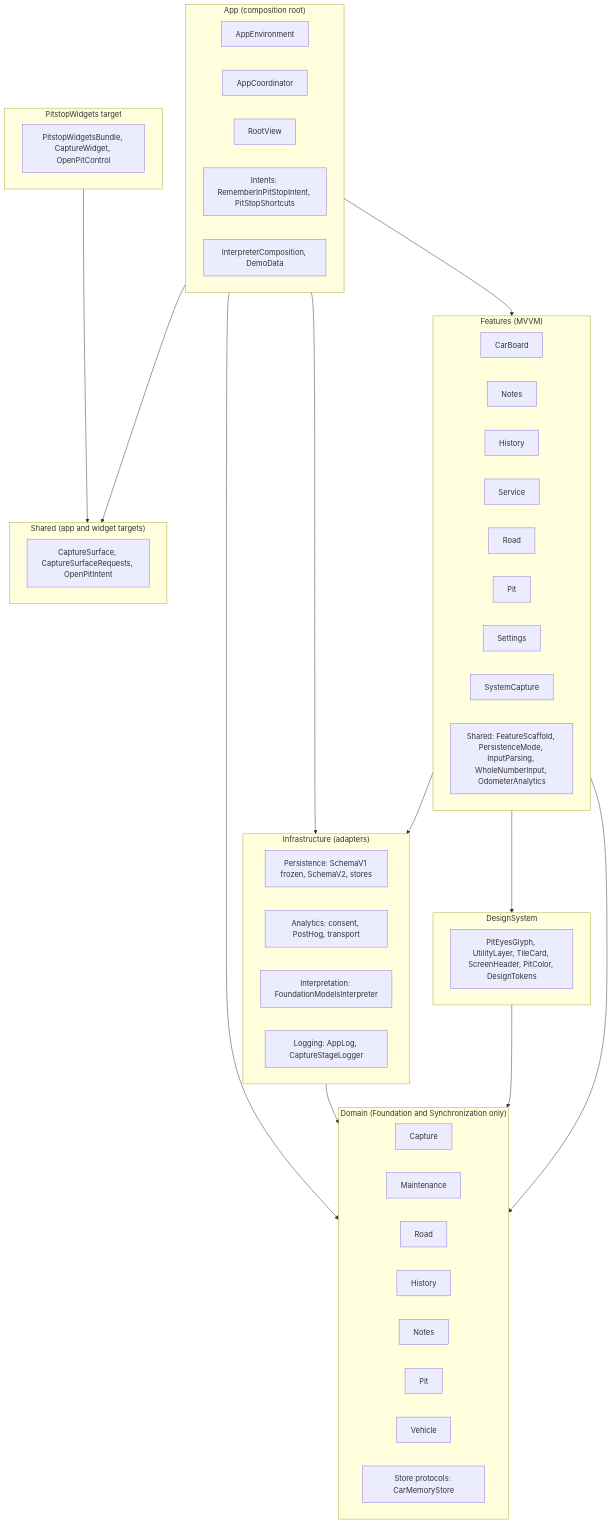
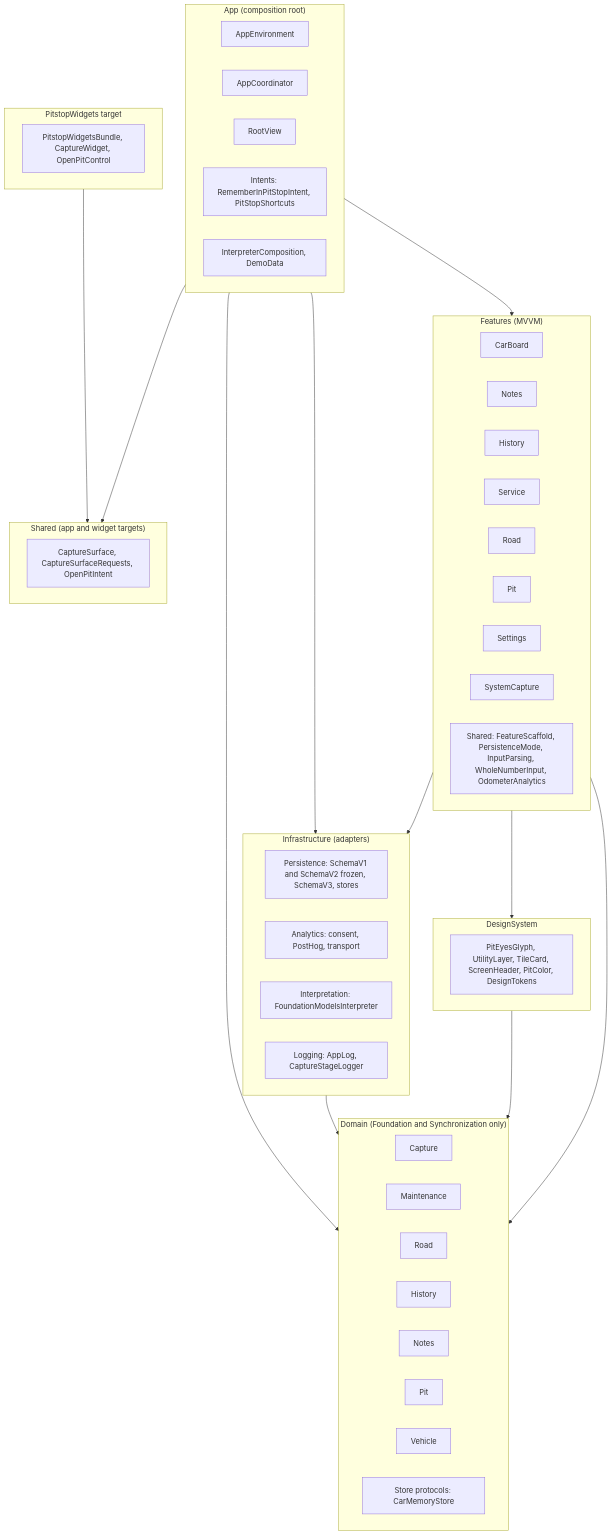
The second of 9 diagrams in docs/engineering/system-overview.md (vil4max/pitstop-ios), drawn with Mermaid before and after one commit. The commit also changed other lines of this file and 32 other files, not shown here.

````diff
--- a/docs/engineering/system-overview.md
+++ b/docs/engineering/system-overview.md
@@ -103,63 +103,63 @@
 ```mermaid
 flowchart TB
     subgraph appL["App (composition root)"]
         env["AppEnvironment"]
         coord["AppCoordinator"]
         root["RootView"]
         appIntents["Intents: RememberInPitStopIntent, PitStopShortcuts"]
         comp["InterpreterComposition, DemoData"]
     end
 
     subgraph featL["Features (MVVM)"]
         fCar["CarBoard"]
         fNotes["Notes"]
         fHist["History"]
         fServ["Service"]
         fRoad["Road"]
         fPit["Pit"]
         fSet["Settings"]
         fSys["SystemCapture"]
         fShared["Shared: FeatureScaffold, PersistenceMode, InputParsing, WholeNumberInput, OdometerAnalytics"]
     end
 
     subgraph ds["DesignSystem"]
         dsC["PitEyesGlyph, UtilityLayer, TileCard, ScreenHeader, PitColor, DesignTokens"]
     end
 
     subgraph domL["Domain (Foundation and Synchronization only)"]
         dCap["Capture"]
         dMnt["Maintenance"]
         dRoad["Road"]
         dHist["History"]
         dNotes["Notes"]
         dPit["Pit"]
         dVeh["Vehicle"]
         dStore["Store protocols: CarMemoryStore"]
     end
 
     subgraph infL["Infrastructure (adapters)"]
-        iPers["Persistence: SchemaV1 frozen, SchemaV2, stores"]
+        iPers["Persistence: SchemaV1 and SchemaV2 frozen, SchemaV3, stores"]
         iAna["Analytics: consent, PostHog, transport"]
         iInt["Interpretation: FoundationModelsInterpreter"]
         iLog["Logging: AppLog, CaptureStageLogger"]
     end
 
     subgraph sharedL["Shared (app and widget targets)"]
         sh["CaptureSurface, CaptureSurfaceRequests, OpenPitIntent"]
     end
 
     subgraph wid["PitstopWidgets target"]
         w["PitstopWidgetsBundle, CaptureWidget, OpenPitControl"]
     end
 
     appL --> featL
     appL --> infL
     appL --> domL
     appL --> sharedL
     featL --> domL
     featL --> ds
     featL --> infL
     ds --> domL
     infL --> domL
     wid --> sharedL
 ```
````
